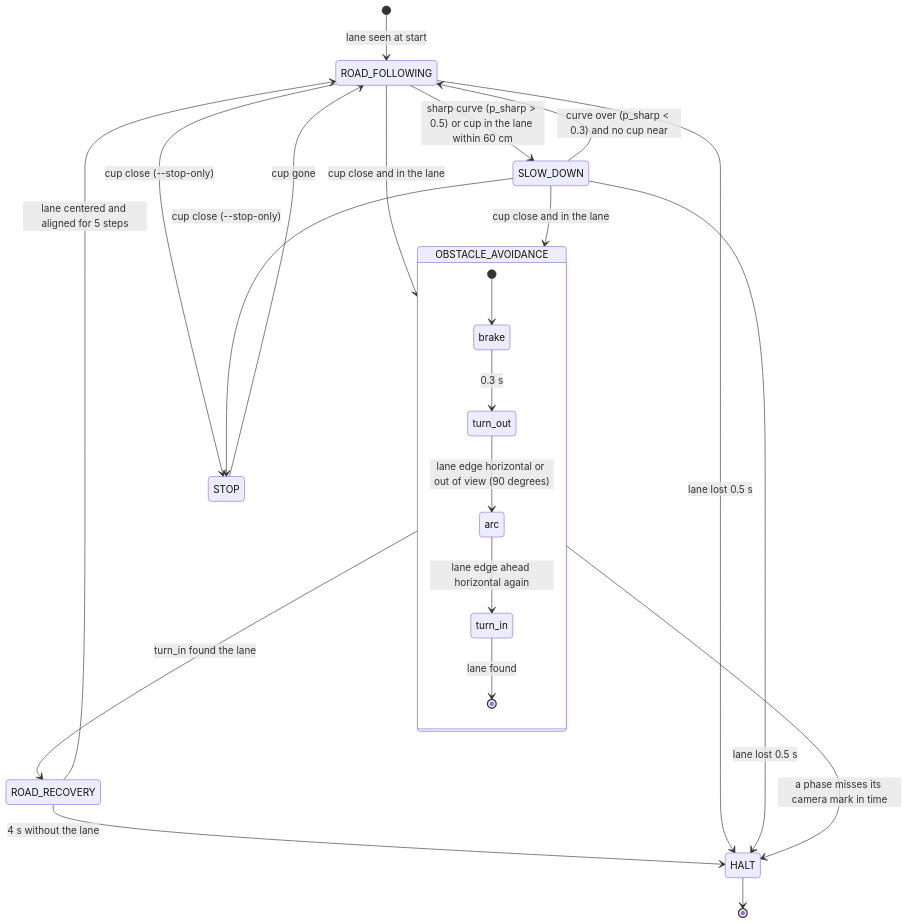
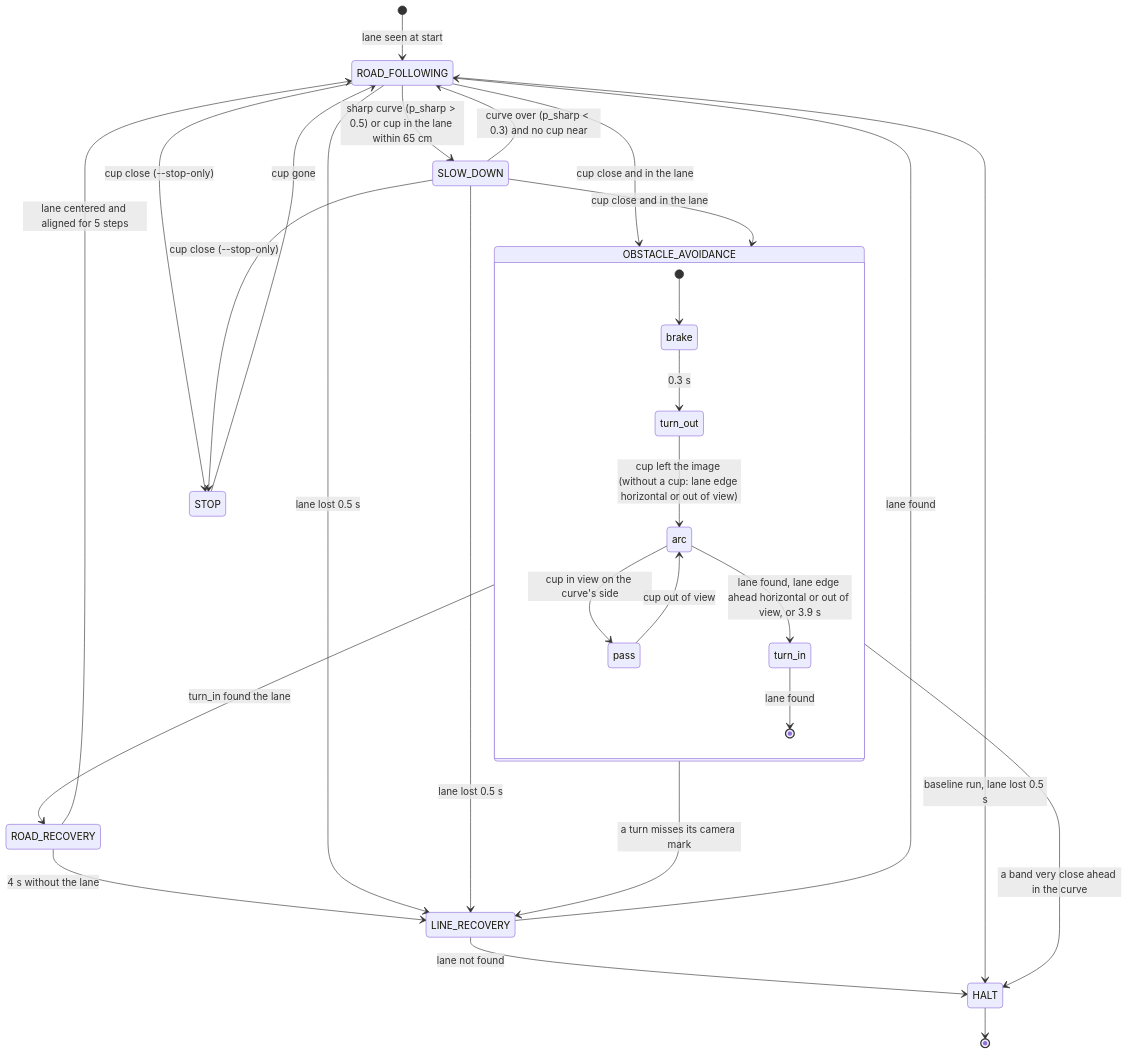
Before and after one commit to janniskrn/robotic-jetbot: the diagram in notebooks/mini_av/STATE_MACHINE.md, drawn with Mermaid. The commit also changed other lines of this file and 11 other files, not shown here.

First line of the commit message:
Swerve around the cup by camera marks, distance from band size, LINE_RECOVERY state

````diff
--- a/notebooks/mini_av/STATE_MACHINE.md
+++ b/notebooks/mini_av/STATE_MACHINE.md
@@ -33,25 +34,31 @@
 ```mermaid
 stateDiagram-v2
     [*] --> ROAD_FOLLOWING: lane seen at start
-    ROAD_FOLLOWING --> SLOW_DOWN: sharp curve (p_sharp > 0.5) or cup in the lane within 60 cm
+    ROAD_FOLLOWING --> SLOW_DOWN: sharp curve (p_sharp > 0.5) or cup in the lane within 65 cm
     SLOW_DOWN --> ROAD_FOLLOWING: curve over (p_sharp < 0.3) and no cup near
     ROAD_FOLLOWING --> OBSTACLE_AVOIDANCE: cup close and in the lane
     SLOW_DOWN --> OBSTACLE_AVOIDANCE: cup close and in the lane
     state OBSTACLE_AVOIDANCE {
         [*] --> brake
         brake --> turn_out: 0.3 s
-        turn_out --> arc: lane edge horizontal or out of view (90 degrees)
-        arc --> turn_in: lane edge ahead horizontal again
+        turn_out --> arc: cup left the image (without a cup: lane edge horizontal or out of view)
+        arc --> pass: cup in view on the curve's side
+        pass --> arc: cup out of view
+        arc --> turn_in: lane found, lane edge ahead horizontal or out of view, or 3.9 s
         turn_in --> [*]: lane found
     }
     OBSTACLE_AVOIDANCE --> ROAD_RECOVERY: turn_in found the lane
-    OBSTACLE_AVOIDANCE --> HALT: a phase misses its camera mark in time
+    OBSTACLE_AVOIDANCE --> HALT: a band very close ahead in the curve
     ROAD_RECOVERY --> ROAD_FOLLOWING: lane centered and aligned for 5 steps
-    ROAD_RECOVERY --> HALT: 4 s without the lane
+    ROAD_RECOVERY --> LINE_RECOVERY: 4 s without the lane
+    ROAD_FOLLOWING --> LINE_RECOVERY: lane lost 0.5 s
+    SLOW_DOWN --> LINE_RECOVERY: lane lost 0.5 s
+    OBSTACLE_AVOIDANCE --> LINE_RECOVERY: a turn misses its camera mark
+    LINE_RECOVERY --> ROAD_FOLLOWING: lane found
+    LINE_RECOVERY --> HALT: lane not found
     ROAD_FOLLOWING --> STOP: cup close (--stop-only)
     SLOW_DOWN --> STOP: cup close (--stop-only)
     STOP --> ROAD_FOLLOWING: cup gone
-    ROAD_FOLLOWING --> HALT: lane lost 0.5 s
-    SLOW_DOWN --> HALT: lane lost 0.5 s
+    ROAD_FOLLOWING --> HALT: baseline run, lane lost 0.5 s
     HALT --> [*]
 ```
````
